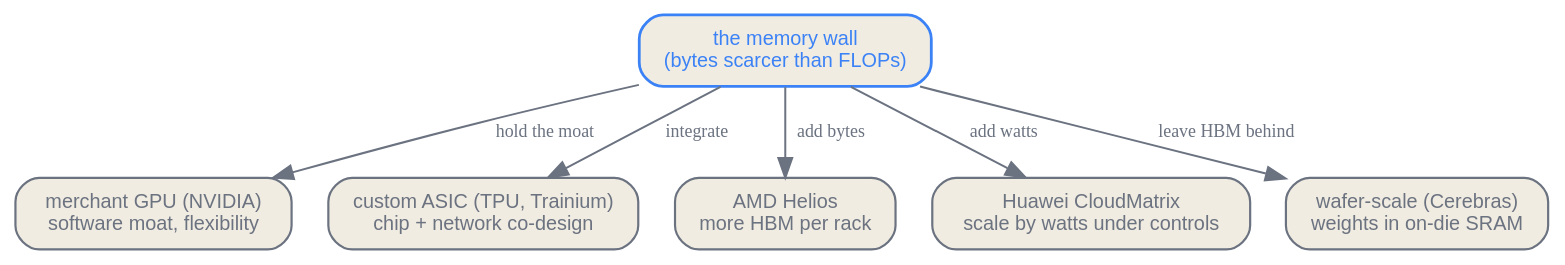
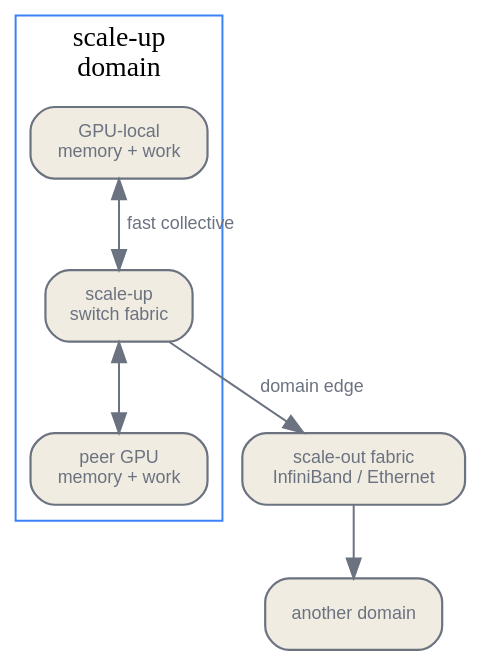
The third of 4 diagrams in en/infrastructure/05-the-compute-frontier.qmd (latere-ai/ai-as-an-infrastructure), drawn with Graphviz before and after one commit. The commit also changed other lines of this file and 3 other files, not shown here.

Commit message:
docs: rewrite the compute frontier

````diff
--- a/en/infrastructure/05-the-compute-frontier.qmd
+++ b/en/infrastructure/05-the-compute-frontier.qmd
@@ -232,23 +183,26 @@
 ```{dot}
-//| label: fig-compute-frontier-accelerator-field
-//| fig-cap: "The accelerator field organized by what each entrant optimizes against the bandwidth wall, not by peak FLOPs. The merchant GPU and custom ASIC fight over the same workload from opposite integration strategies; AMD and Huawei answer the wall with bytes and watts; wafer-scale answers it by never leaving the die."
-digraph accelerator_field {
+//| label: fig-compute-frontier-domain
+//| fig-cap: "A multi-node scale-up fabric enlarges the fast locality domain, but software still maps process groups and collectives onto physical links. Crossing the scale-out edge changes both performance and failure behavior."
+digraph domain {
   rankdir=TB;
   bgcolor="transparent";
-  node [shape=box, style="rounded,filled", fontname="Helvetica", fontsize=10, color="#6b7280", fontcolor="#6b7280", fillcolor="#f1ece1", penwidth=1.1];
-  edge [color="#6b7280", fontcolor="#6b7280", fontsize=9];
+  node [shape=box, style="rounded,filled", fontname="Helvetica", fontsize=9,
+        color="#6b7280", fontcolor="#6b7280", fillcolor="#f1ece1", penwidth=1.1];
+  edge [fontname="Helvetica", fontsize=9, color="#6b7280", fontcolor="#6b7280"];
 
-  wall [label="the memory wall\n(bytes scarcer than FLOPs)", color="#3b82f6", fontcolor="#3b82f6", penwidth=1.4];
-  gpu  [label="merchant GPU (NVIDIA)\nsoftware moat, flexibility"];
-  asic [label="custom ASIC (TPU, Trainium)\nchip + network co-design"];
-  mem  [label="AMD Helios\nmore HBM per rack"];
-  hw   [label="Huawei CloudMatrix\nscale by watts under controls"];
-  saf  [label="wafer-scale (Cerebras)\nweights in on-die SRAM"];
-
-  wall -> gpu [label="hold the moat"];
-  wall -> asic [label="integrate"];
-  wall -> mem [label="add bytes"];
-  wall -> hw [label="add watts"];
-  wall -> saf [label="leave HBM behind"];
+  graph [compound=true, pad=0.06];
+  subgraph cluster_up {
+    label="scale-up\ndomain";
+    color="#3b82f6";
+    gpu1 [label="GPU-local\nmemory + work"];
+    sw [label="scale-up\nswitch fabric"];
+    gpu2 [label="peer GPU\nmemory + work"];
+    gpu1 -> sw [dir=both, label="fast collective"];
+    sw -> gpu2 [dir=both];
+  }
+  out [label="scale-out fabric\nInfiniBand / Ethernet"];
+  peer [label="another domain"];
+  sw -> out [label="domain edge"];
+  out -> peer;
 }
 ```
````
